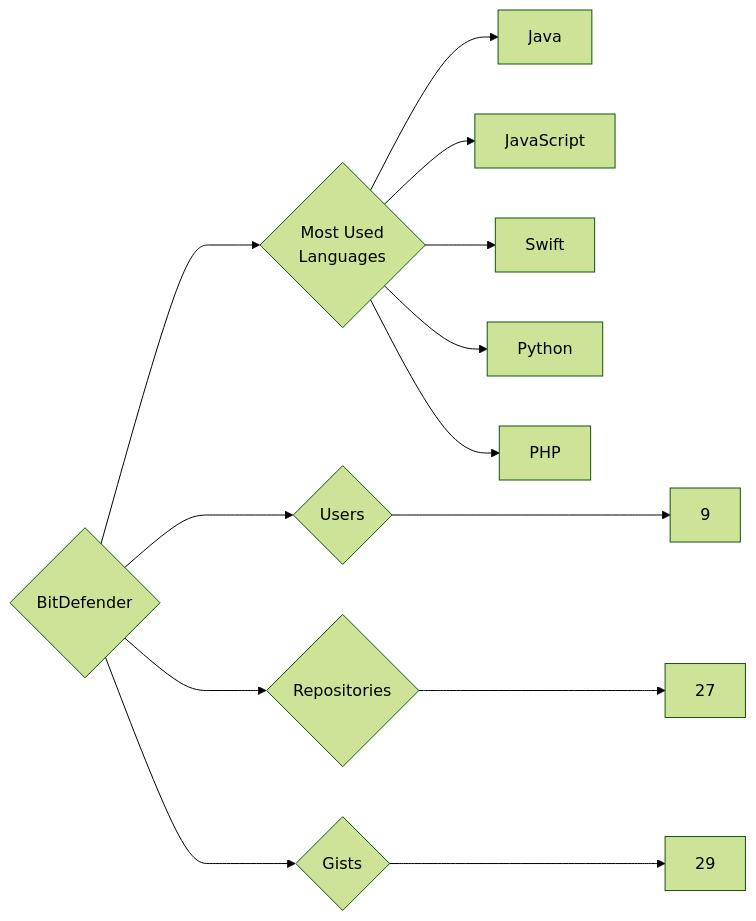
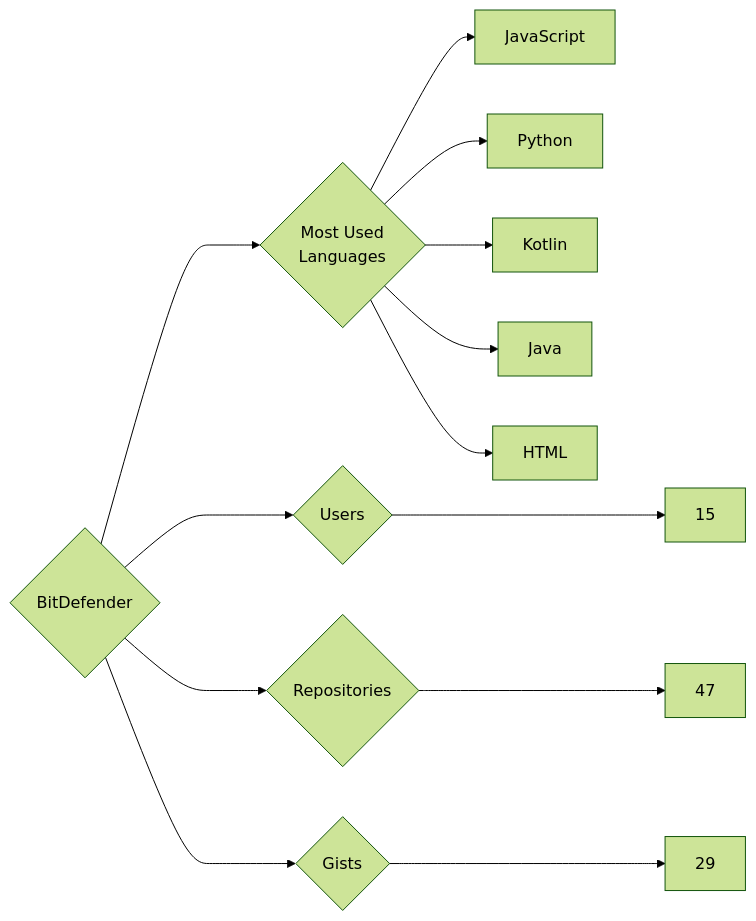
One commit to trickest/insiders changed the diagram in targets/BitDefender/README.md. Above: the diagram before and after it, drawn with Mermaid (forest theme). The commit also changed 837 other files, not shown here.

````diff
--- a/targets/BitDefender/README.md
+++ b/targets/BitDefender/README.md
@@ -3,13 +3,13 @@
 ```mermaid
 graph LR
 COMPANY_NAME{BitDefender}
-COMPANY_NAME ---> U{Users} ---> UN[9]
-COMPANY_NAME ---> R{Repositories} ---> RN[27]
+COMPANY_NAME ---> U{Users} ---> UN[15]
+COMPANY_NAME ---> R{Repositories} ---> RN[47]
 COMPANY_NAME ---> G{Gists} ---> GN[29]
 COMPANY_NAME ---> ML{Most Used<br>Languages}
+ML --> JavaScript[JavaScript]
+ML --> Python[Python]
+ML --> Kotlin[Kotlin]
 ML --> Java[Java]
-ML --> JavaScript[JavaScript]
-ML --> Swift[Swift]
-ML --> Python[Python]
-ML --> PHP[PHP]
+ML --> HTML[HTML]
 ```
````
